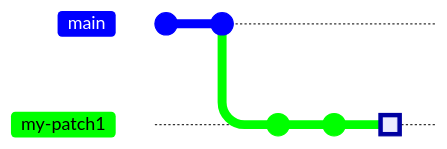
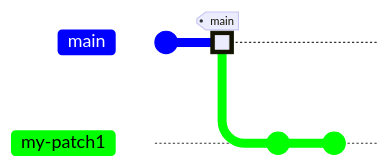
The first of 5 diagrams in README.md (BobKerns/rebase-demo3), drawn with Mermaid before and after one commit. The commit also changed other lines of this file, not shown here. Commit ids are hidden.

````diff
--- a/README.md
+++ b/README.md
@@ -81,12 +80,11 @@
 ```mermaid
 gitGraph%%{init { 'theme': 'default', 'themeVariables': {
     'git0': '#0000ff',
     'git1': '#00ff00'
 } } }%%
-commit id: "Initial commit"
-commit id: "main"
+commit
+commit tag: "main" type: HIGHLIGHT
 branch my-patch1
-commit id: "feature1"
 commit id: "fix-1"
-commit id: "fix-2" type: HIGHLIGHT
+commit id: "fix-2"
 ```
````
